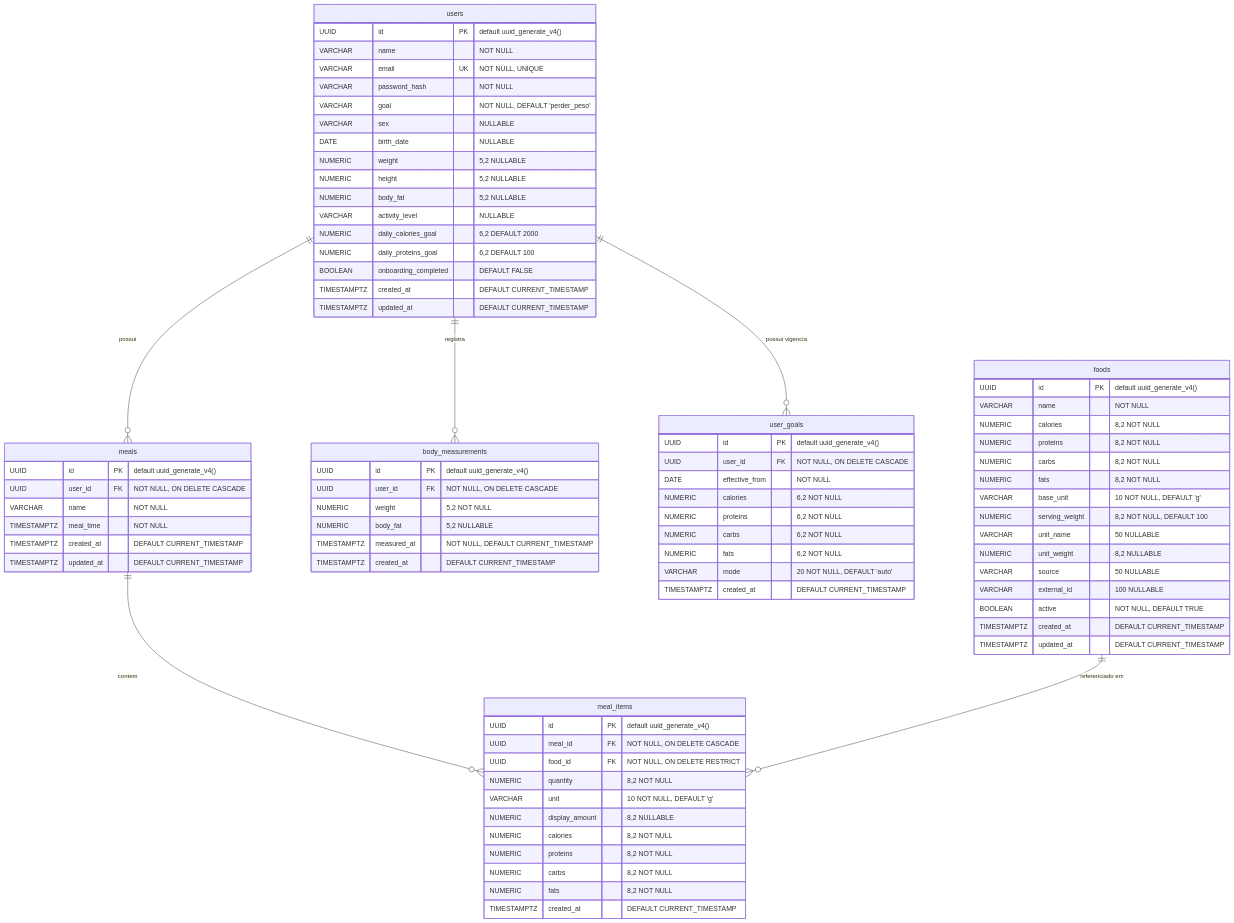
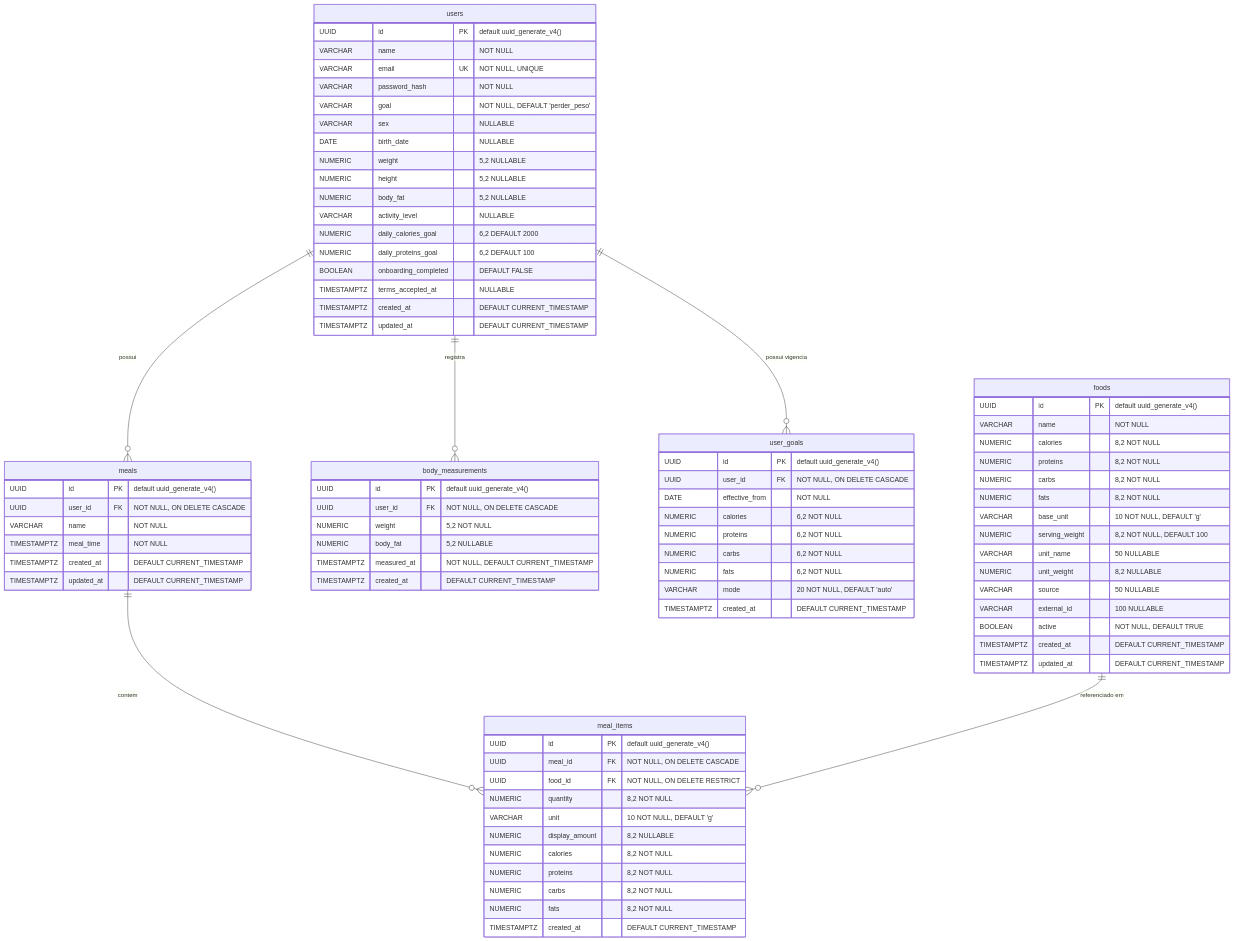
One commit to luiscorreiaa4/contador-de-calorias changed the diagram in docs/ARCHITECTURE.md. Above: the diagram before and after it, drawn with Mermaid. The commit also changed other lines of this file and 82 other files, not shown here.

```diff
--- a/docs/ARCHITECTURE.md
+++ b/docs/ARCHITECTURE.md
@@ -74,6 +80,7 @@
         NUMERIC daily_calories_goal "6,2 DEFAULT 2000"
         NUMERIC daily_proteins_goal "6,2 DEFAULT 100"
         BOOLEAN onboarding_completed "DEFAULT FALSE"
+        TIMESTAMPTZ terms_accepted_at "NULLABLE"
         TIMESTAMPTZ created_at "DEFAULT CURRENT_TIMESTAMP"
         TIMESTAMPTZ updated_at "DEFAULT CURRENT_TIMESTAMP"
     }
```
